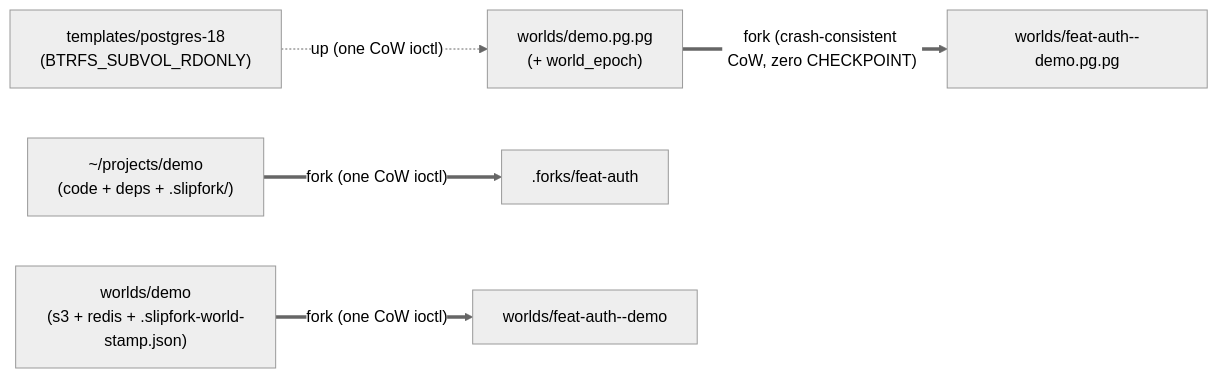
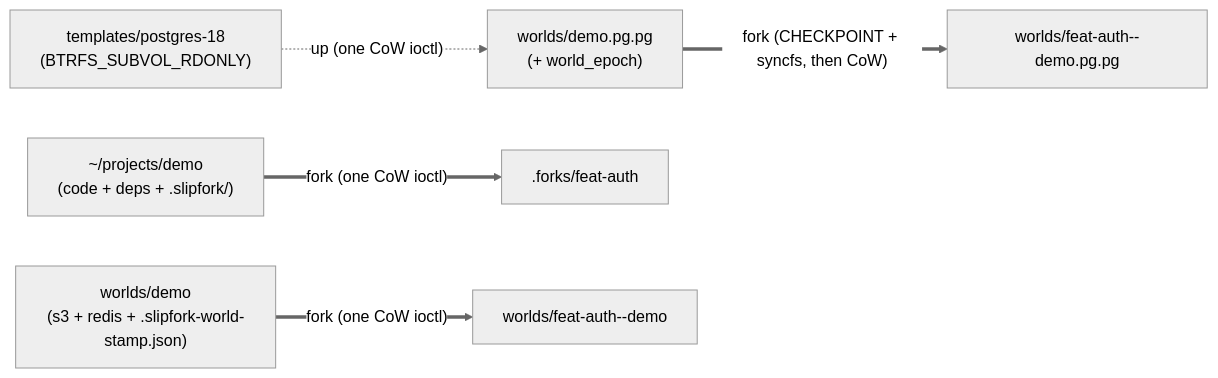
Before and after one commit to OffworldNexus/slipfork: the first of 3 diagrams in specs/03-under-the-hood.md, drawn with Mermaid (neutral theme). The commit also changed other lines of this file and 20 other files, not shown here.

Commit message:
[M3.52] Direct-TCP pre-fork PG CHECKPOINT over control.sock, CDN spec alignment & live gate repairs

````diff
--- a/specs/03-under-the-hood.md
+++ b/specs/03-under-the-hood.md
@@ -39,7 +39,7 @@
 ```mermaid
 flowchart LR
   Tpl["templates/postgres-18\n(BTRFS_SUBVOL_RDONLY)"] -.->|"up (one CoW ioctl)"| Pg["worlds/demo.pg.pg\n(+ world_epoch)"]
   Proj["~/projects/demo\n(code + deps + .slipfork/)"] ==>|"fork (one CoW ioctl)"| FProj[".forks/feat-auth"]
   World["worlds/demo\n(s3 + redis + .slipfork-world-stamp.json)"] ==>|"fork (one CoW ioctl)"| FWorld["worlds/feat-auth--demo"]
-  Pg ==>|"fork (crash-consistent CoW, zero CHECKPOINT)"| FPg["worlds/feat-auth--demo.pg.pg"]
+  Pg ==>|"fork (CHECKPOINT + syncfs, then CoW)"| FPg["worlds/feat-auth--demo.pg.pg"]
 ```
````
